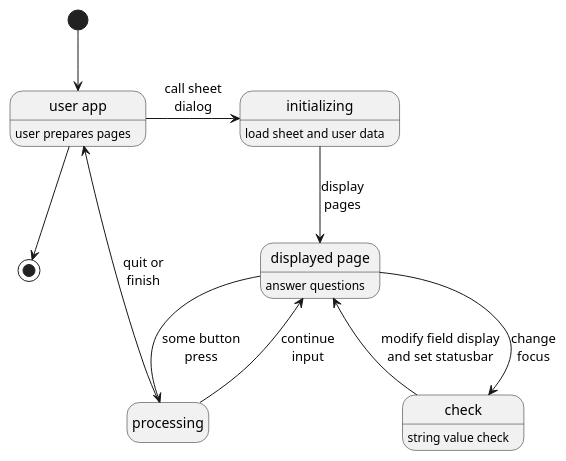
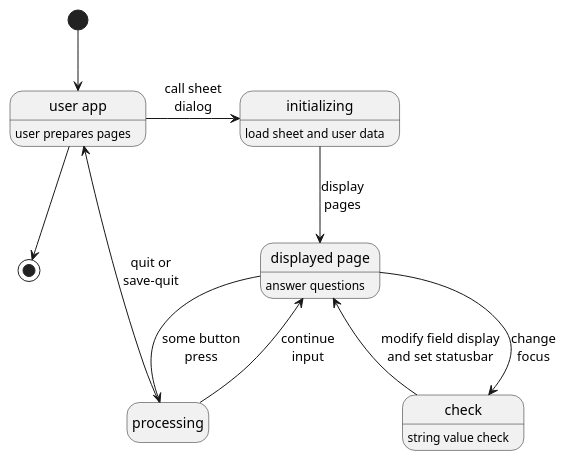
The first of 5 diagrams in doc/design.md (MARTIMM/question-answer), drawn with PlantUML before and after one commit. The commit also changed other lines of this file and 15 other files, not shown here.

````diff
--- a/doc/design.md
+++ b/doc/design.md
@@ -169,24 +169,24 @@
 ```plantuml
 @startuml
 hide empty description
 
 state "user app" as u: user prepares pages
 state "initializing" as i: load sheet and user data
 state "displayed page" as dp: answer questions
 state "processing" as ip
 
 [*] --> u
 
 u -> i: call sheet\ndialog
 i --> dp: display\npages
 
 dp --> check: change\nfocus
 check: string value check
 check -> dp: modify field display\nand set statusbar
 dp --> ip: some button\npress
-ip -> u: quit or\nfinish
+ip -> u: quit or\nsave-quit
 ip -> dp: continue\ninput
 u --> [*]
 
 @enduml
 ```
````
